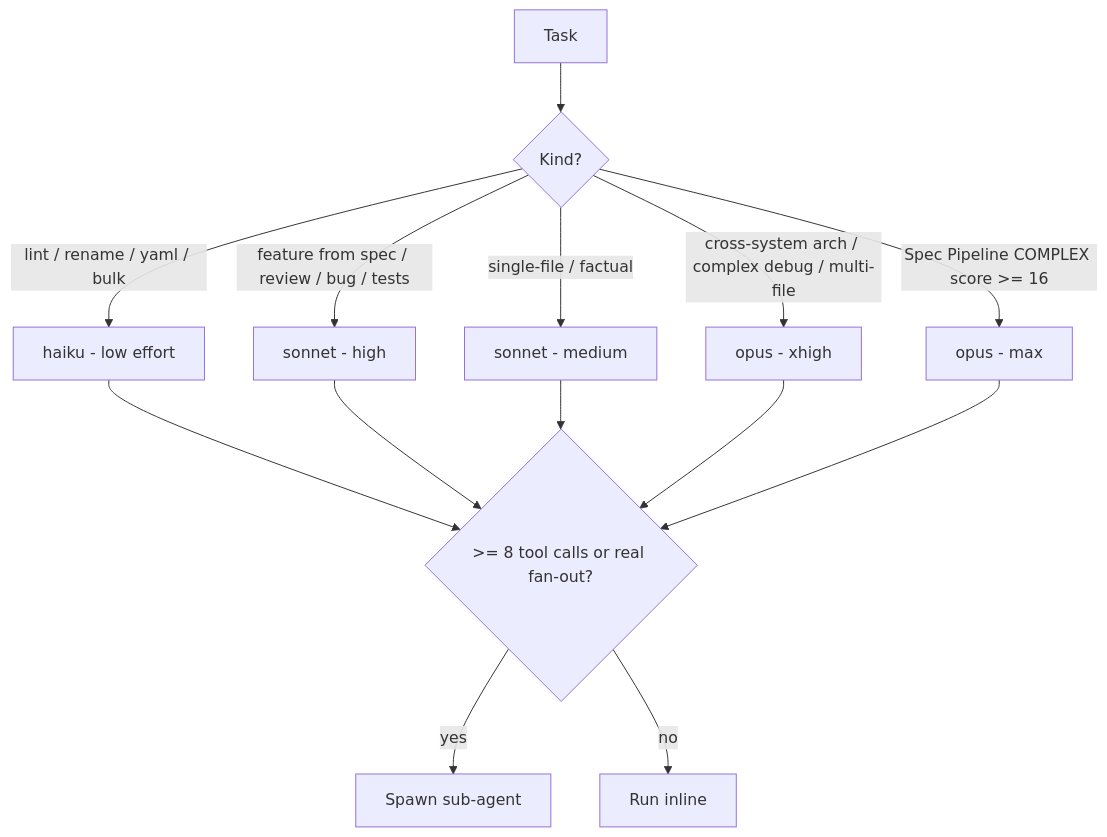
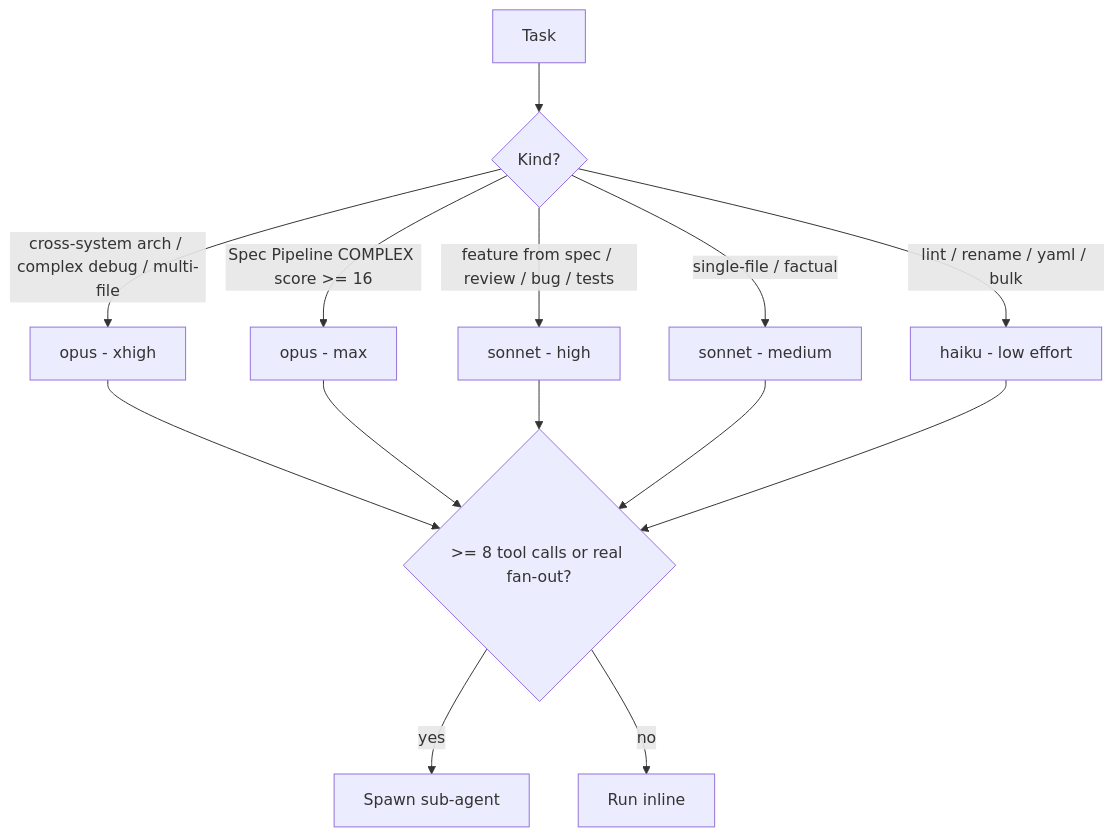
Before and after one commit to caioimori/sinapse-ai: the fifth of 14 diagrams in docs/framework/atlas/OPERATING-ATLAS.md, drawn with Mermaid. The commit also changed other lines of this file and 11 other files, not shown here.

````diff
--- a/docs/framework/atlas/OPERATING-ATLAS.md
+++ b/docs/framework/atlas/OPERATING-ATLAS.md
@@ -153,16 +152,16 @@
 ```mermaid
 flowchart TD
     T[Task] --> K{Kind?}
-    K -->|lint / rename / yaml / bulk| H[haiku - low effort]
+    K -->|cross-system arch / complex debug / multi-file| OP[opus - xhigh]
+    K -->|Spec Pipeline COMPLEX score >= 16| OM[opus - max]
     K -->|feature from spec / review / bug / tests| SO[sonnet - high]
     K -->|single-file / factual| SM[sonnet - medium]
-    K -->|cross-system arch / complex debug / multi-file| OP[opus - xhigh]
-    K -->|Spec Pipeline COMPLEX score >= 16| OM[opus - max]
-    H --> SP{>= 8 tool calls or real fan-out?}
+    K -->|lint / rename / yaml / bulk| H[haiku - low effort]
+    OP --> SP{>= 8 tool calls or real fan-out?}
+    OM --> SP
     SO --> SP
     SM --> SP
-    OP --> SP
-    OM --> SP
+    H --> SP
     SP -->|yes| SUB[Spawn sub-agent]
     SP -->|no| INLINE[Run inline]
 ```
````
